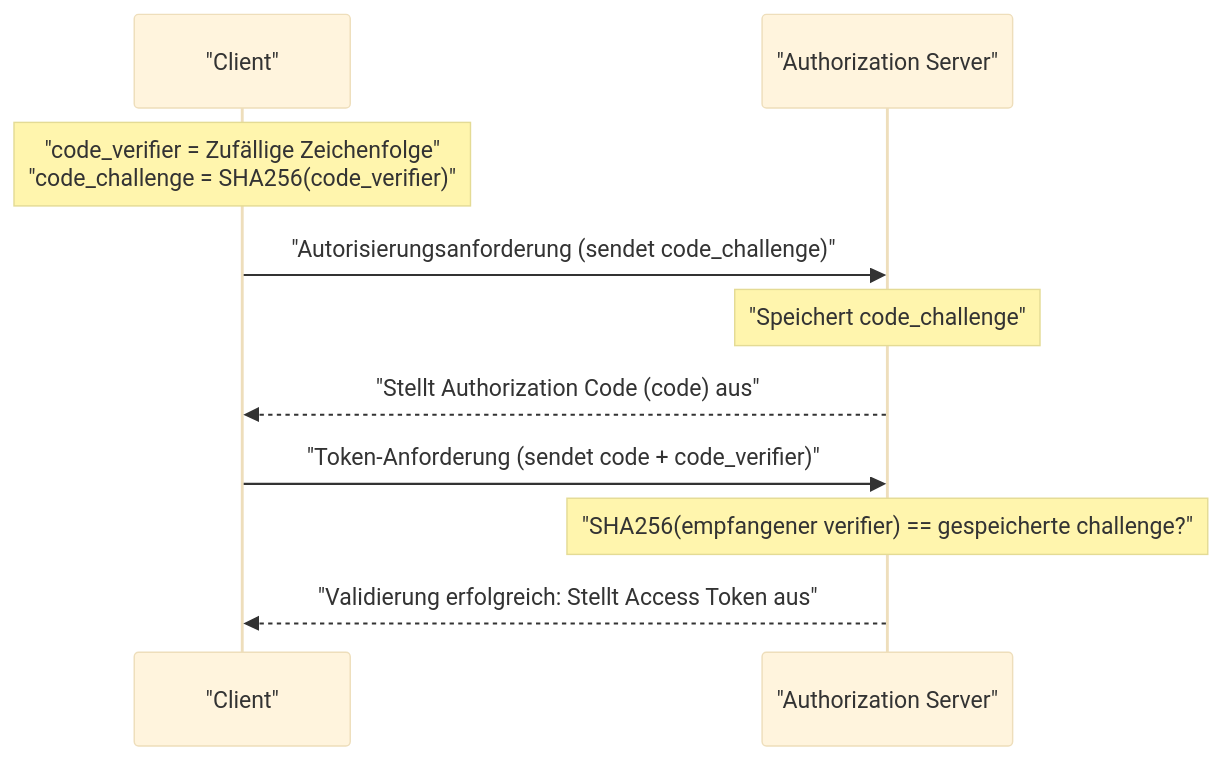
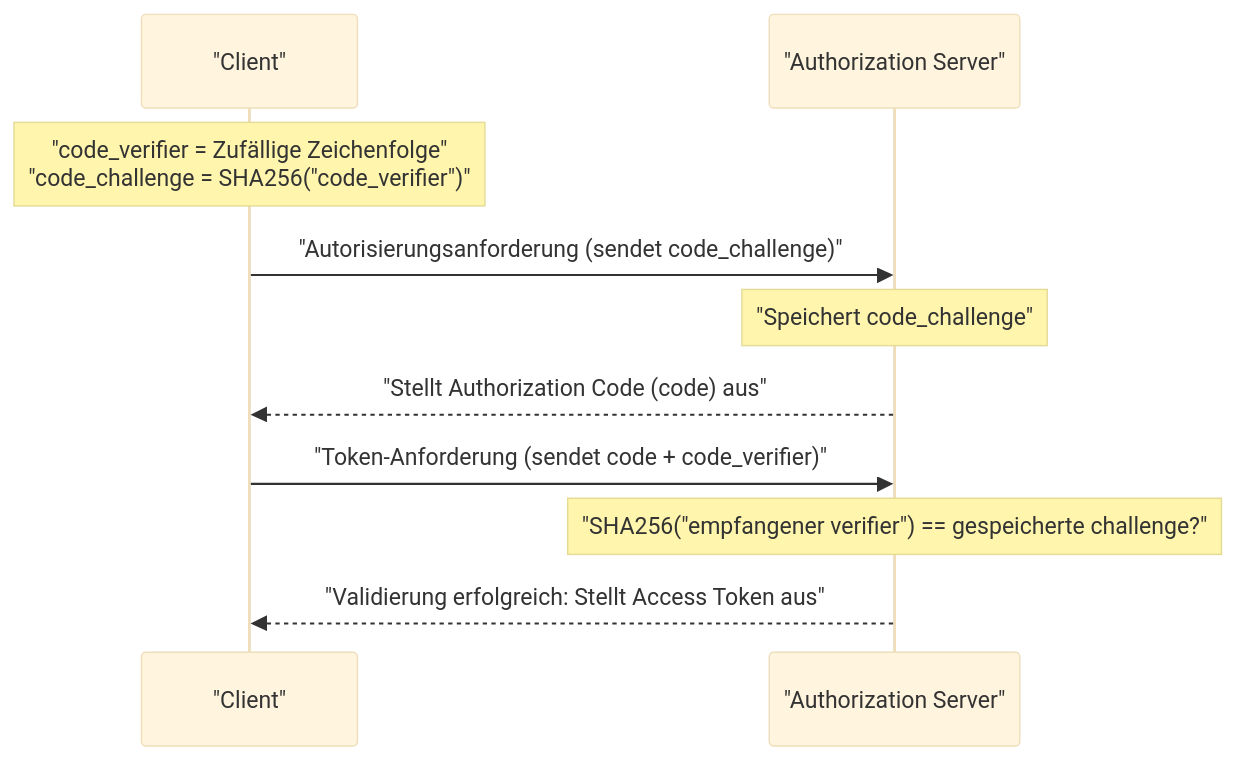
The third of 3 diagrams in content/post/oauth2_slack_app/index.de.md (kenjinote/blog), drawn with Mermaid (base theme) before and after one commit. The commit also changed 929 other files, not shown here.

Commit message:
fix: Add double quotes to all Mermaid node texts to resolve syntax errors

````diff
--- a/content/post/oauth2_slack_app/index.de.md
+++ b/content/post/oauth2_slack_app/index.de.md
@@ -329,14 +329,14 @@
 ```mermaid
 sequenceDiagram
     participant C as "Client"
     participant AS as "Authorization Server"
     
-    Note over C: "code_verifier = Zufällige Zeichenfolge"<br/>"code_challenge = SHA256(code_verifier)"
+    Note over C: "code_verifier = Zufällige Zeichenfolge"<br/>"code_challenge = SHA256("code_verifier")"
     C->>AS: "Autorisierungsanforderung (sendet code_challenge)"
     Note over AS: "Speichert code_challenge"
     AS-->>C: "Stellt Authorization Code (code) aus"
     
     C->>AS: "Token-Anforderung (sendet code + code_verifier)"
-    Note over AS: "SHA256(empfangener verifier) == gespeicherte challenge?"
+    Note over AS: "SHA256("empfangener verifier") == gespeicherte challenge?"
     AS-->>C: "Validierung erfolgreich: Stellt Access Token aus"
 ```
````
